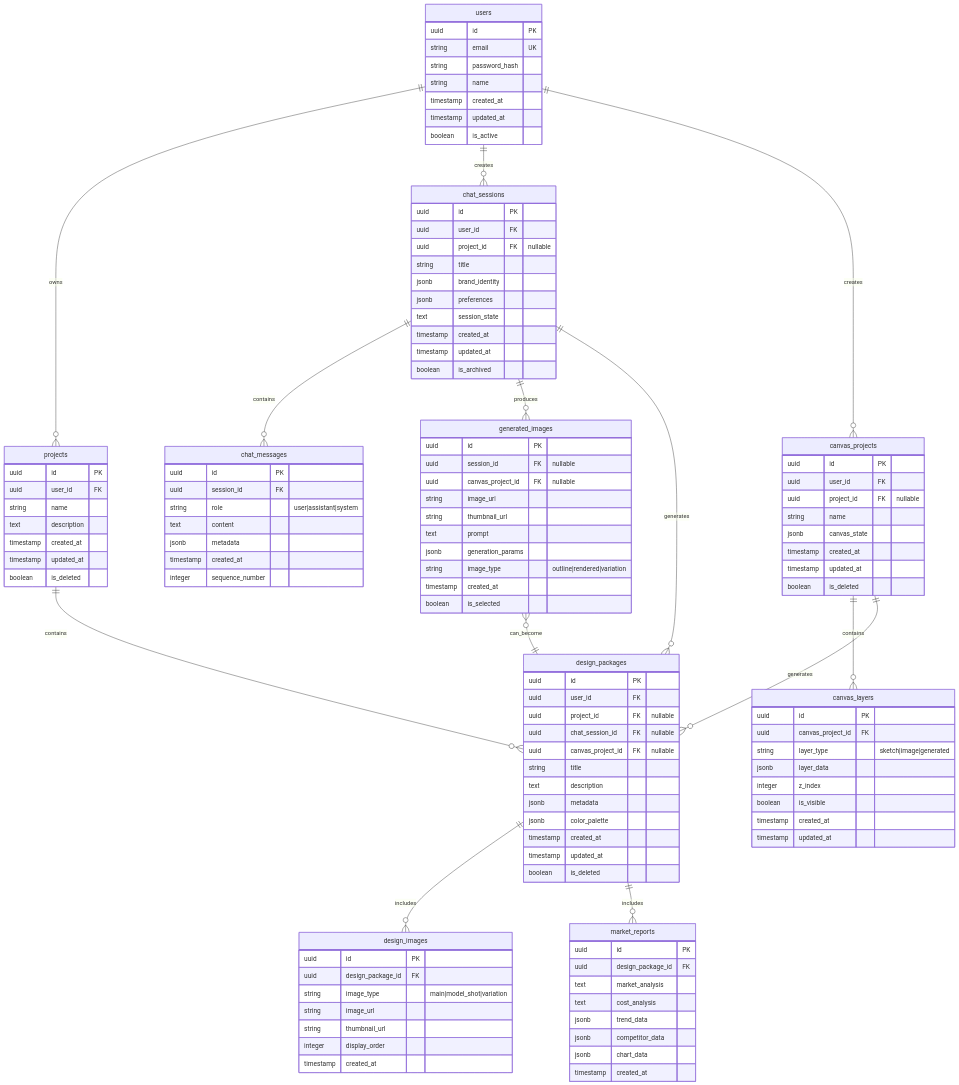
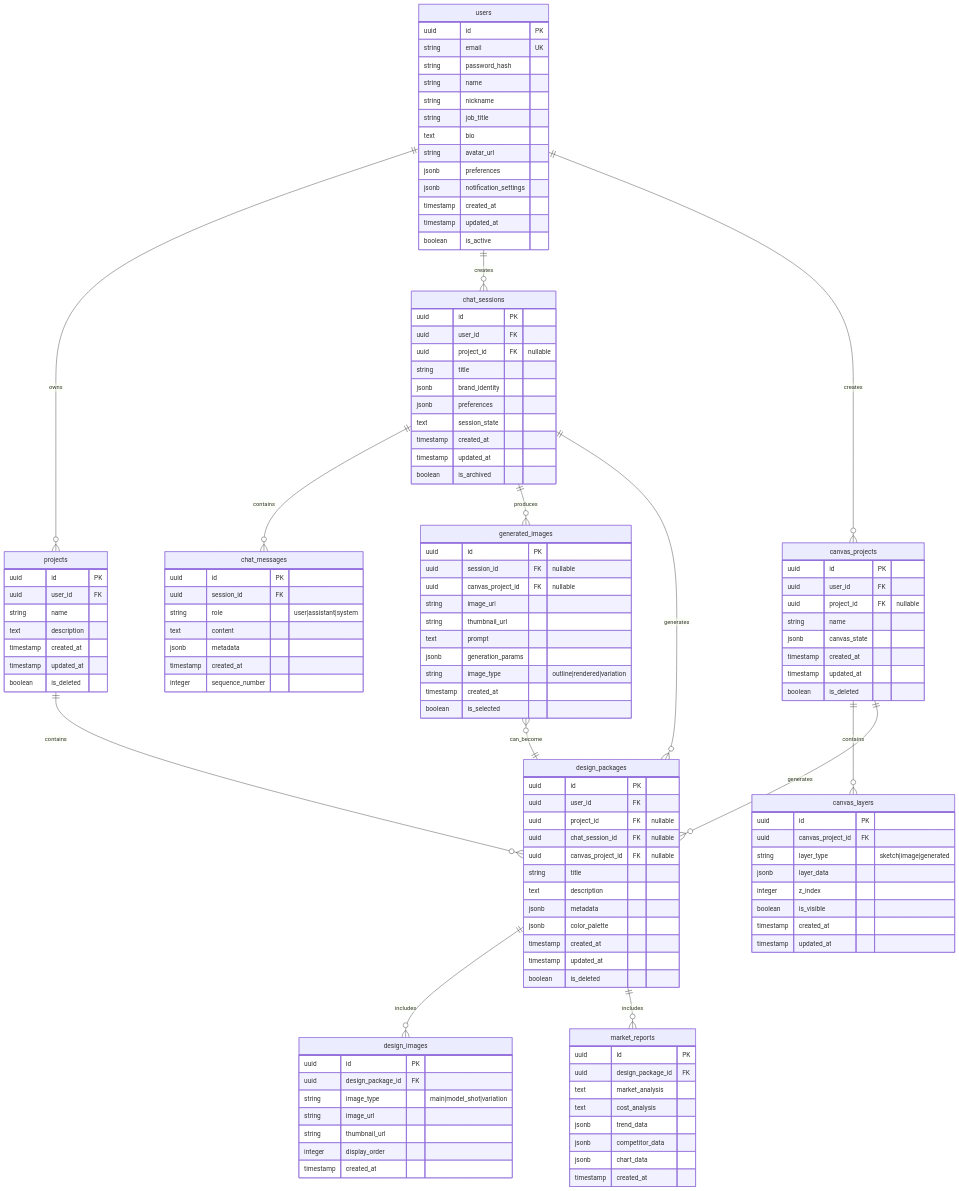
One commit to zoe-seo/mercury_v2_proto changed the diagram in docs/design/schema.md. Above: the diagram before and after it, drawn with Mermaid. The commit also changed other lines of this file and 50 other files, not shown here.

```diff
--- a/docs/design/schema.md
+++ b/docs/design/schema.md
@@ -35,6 +35,12 @@
         string email UK
         string password_hash
         string name
+        string nickname
+        string job_title
+        text bio
+        string avatar_url
+        jsonb preferences
+        jsonb notification_settings
         timestamp created_at
         timestamp updated_at
         boolean is_active
```
